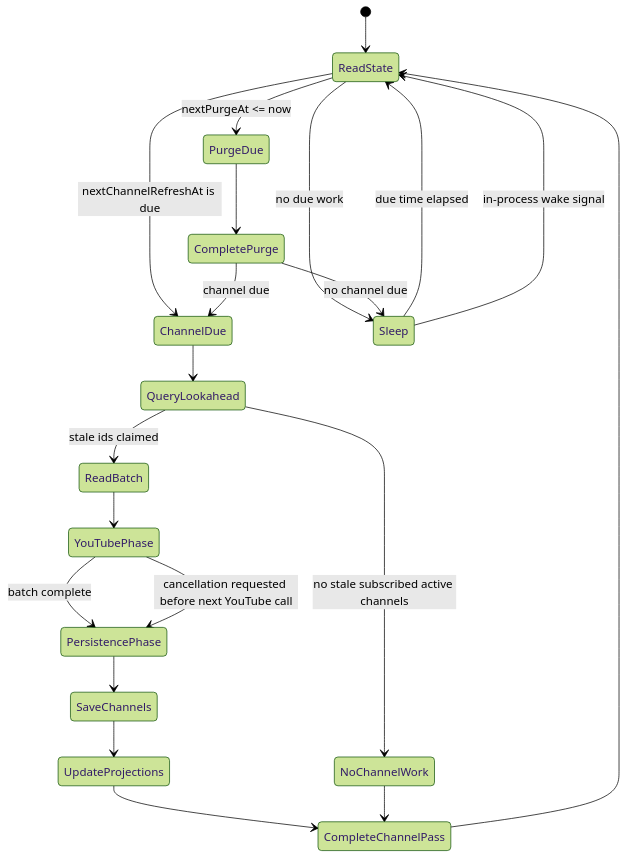
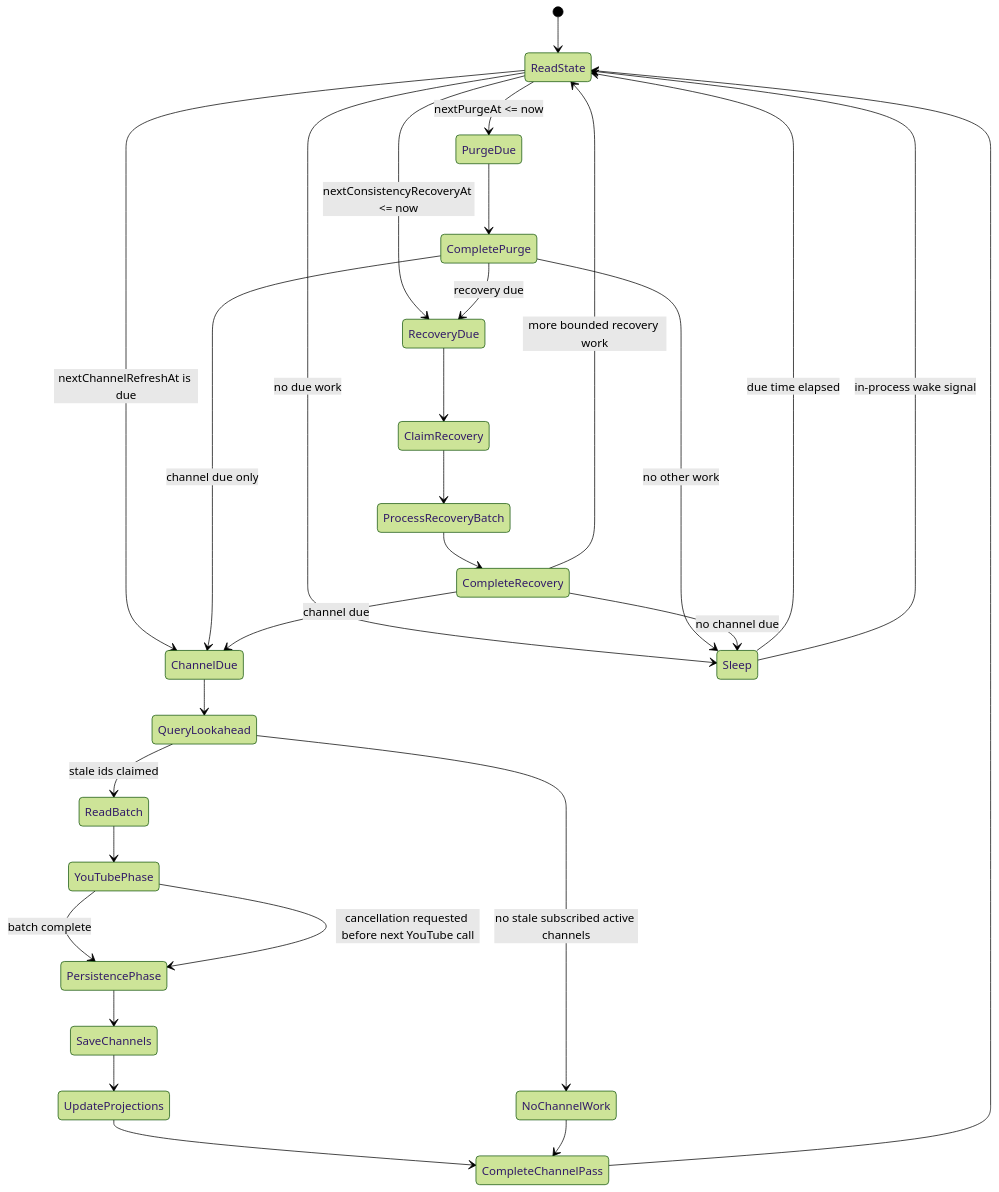
The diagram in docs/worker-state-model.md (ppaskaris/subscriptiond), drawn with Mermaid (forest theme) before and after one commit. The commit also changed other lines of this file and 9 other files, not shown here.

Commit message:
Design Cosmos consistency recovery

````diff
--- a/docs/worker-state-model.md
+++ b/docs/worker-state-model.md
@@ -97,29 +144,38 @@
 ```mermaid
 stateDiagram-v2
     [*] --> ReadState
     ReadState --> PurgeDue: nextPurgeAt <= now
+    ReadState --> RecoveryDue: nextConsistencyRecoveryAt <= now
     ReadState --> ChannelDue: nextChannelRefreshAt is due
     ReadState --> Sleep: no due work
 
     PurgeDue --> CompletePurge
-    CompletePurge --> ChannelDue: channel due
-    CompletePurge --> Sleep: no channel due
+    CompletePurge --> RecoveryDue: recovery due
+    CompletePurge --> ChannelDue: channel due only
+    CompletePurge --> Sleep: no other work
+
+    RecoveryDue --> ClaimRecovery
+    ClaimRecovery --> ProcessRecoveryBatch
+    ProcessRecoveryBatch --> CompleteRecovery
+    CompleteRecovery --> ChannelDue: channel due
+    CompleteRecovery --> ReadState: more bounded recovery work
+    CompleteRecovery --> Sleep: no channel due
 
     ChannelDue --> QueryLookahead
 QueryLookahead --> NoChannelWork: no stale subscribed active channels
     QueryLookahead --> ReadBatch: stale ids claimed
 
     ReadBatch --> YouTubePhase
     YouTubePhase --> PersistencePhase: batch complete
     YouTubePhase --> PersistencePhase: cancellation requested before next YouTube call
 
     PersistencePhase --> SaveChannels
     SaveChannels --> UpdateProjections
     UpdateProjections --> CompleteChannelPass
     CompleteChannelPass --> ReadState
 
     NoChannelWork --> CompleteChannelPass
 
     Sleep --> ReadState: due time elapsed
     Sleep --> ReadState: in-process wake signal
 ```
````
